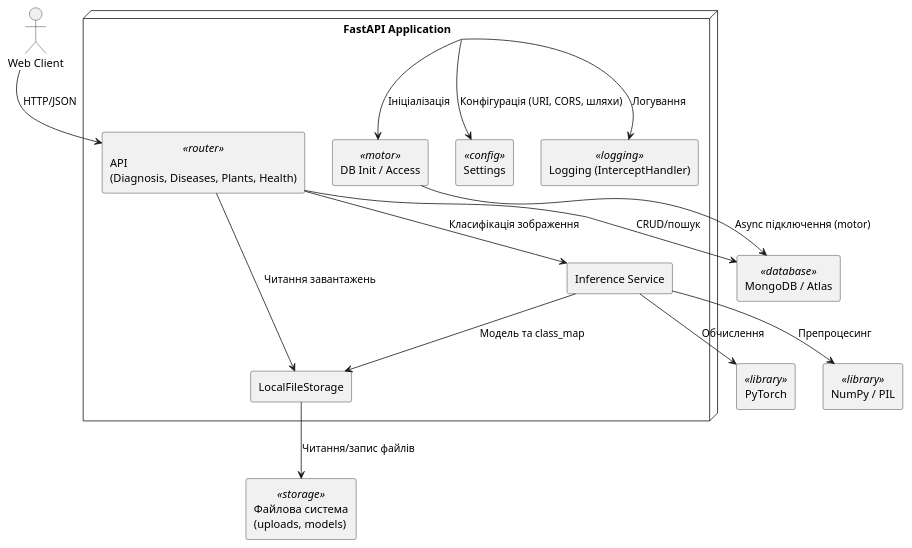
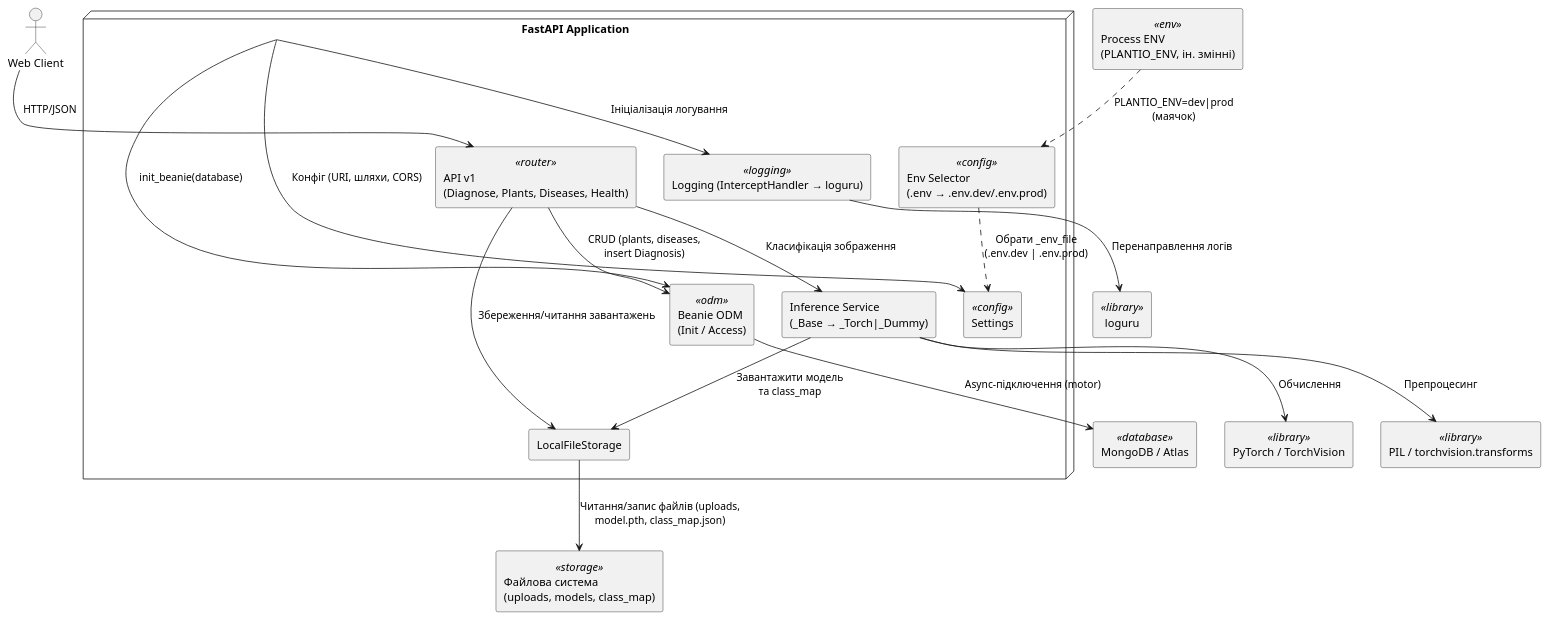
One commit to TimMatthew/Plantio changed the diagram in docs/diagrams/component_diagram.puml. Above: the diagram before and after it, drawn with PlantUML. The commit also changed 7 other files, not shown here.

Commit message:
Fixed .env labels and updated diagrams

```diff
--- a/docs/diagrams/component_diagram.puml
+++ b/docs/diagrams/component_diagram.puml
@@ -1,44 +1,60 @@
 @startuml
 skinparam componentStyle rectangle
 skinparam shadowing false
 
 ' === Актор (веб-користувач) ===
 actor "Web Client" as Web
 
 ' === Зовнішні системи ===
 component "MongoDB / Atlas" as MongoDB <<database>>
-component "Файлова система\n(uploads, models)" as FS <<storage>>
+component "Файлова система\n(uploads, models, class_map)" as FS <<storage>>
+component "Process ENV\n(PLANTIO_ENV, ін. змінні)" as ProcEnv <<env>>
 
 ' === Додаток FastAPI ===
 node "FastAPI Application" as FastAPI {
-  component "API\n(Diagnosis, Diseases, Plants, Health)" as ApiV1 <<router>>
+  component "API v1\n(Diagnose, Plants, Diseases, Health)" as ApiV1 <<router>>
 
-  component "Inference Service" as Inference
+  component "Inference Service\n(_Base → _Torch|_Dummy)" as Inference
   component "LocalFileStorage" as LocalFS
-  component "DB Init / Access" as DbInit <<motor>>
+  component "Beanie ODM\n(Init / Access)" as Beanie <<odm>>
   component "Settings" as Settings <<config>>
-  component "Logging (InterceptHandler)" as Logging <<logging>>
+  component "Logging (InterceptHandler → loguru)" as Logging <<logging>>
+
+  component "Env Selector\n(.env → .env.dev/.env.prod)" as EnvSel <<config>>
 }
 
 ' === Бібліотеки як внутрішні залежності ===
-component "PyTorch" as LibTorch <<library>>
-component "NumPy / PIL" as LibImg <<library>>
+component "PyTorch / TorchVision" as LibTorch <<library>>
+component "PIL / torchvision.transforms" as LibImg <<library>>
+component "loguru" as LibLoguru <<library>>
 
 ' === Взаємодії ===
 Web --> ApiV1 : HTTP/JSON
 
+' API викликає доменні сервіси
 ApiV1 --> Inference : Класифікація зображення
-ApiV1 --> LocalFS : Читання завантажень
-ApiV1 --> MongoDB : CRUD/пошук
+ApiV1 --> LocalFS : Збереження/читання завантажень
+ApiV1 --> Beanie : CRUD (plants, diseases,\ninsert Diagnosis)
 
-DbInit --> MongoDB : Async підключення (motor)
-FastAPI --> DbInit : Ініціалізація
-FastAPI --> Settings : Конфігурація (URI, CORS, шляхи)
-FastAPI --> Logging : Логування
+' Ініціалізація інфраструктури
+FastAPI --> Beanie : init_beanie(database)
+Beanie --> MongoDB : Async-підключення (motor)
+FastAPI --> Settings : Конфіг (URI, шляхи, CORS)
+FastAPI --> Logging : Ініціалізація логування
 
-Inference --> LocalFS : Модель та class_map
+' Залежності інференсу
+Inference --> LocalFS : Завантажити модель\nта class_map
 Inference --> LibTorch : Обчислення
 Inference --> LibImg : Препроцесинг
 
-LocalFS --> FS : Читання/запис файлів
+' Файли
+LocalFS --> FS : Читання/запис файлів (uploads,\nmodel.pth, class_map.json)
+
+' Конфігурація середовища
+EnvSel ..> Settings : Обрати _env_file\n(.env.dev | .env.prod)
+ProcEnv ..> EnvSel : PLANTIO_ENV=dev|prod\n(маячок)
+
+' Логування
+Logging --> LibLoguru : Перенаправлення логів
+
 @enduml
```
